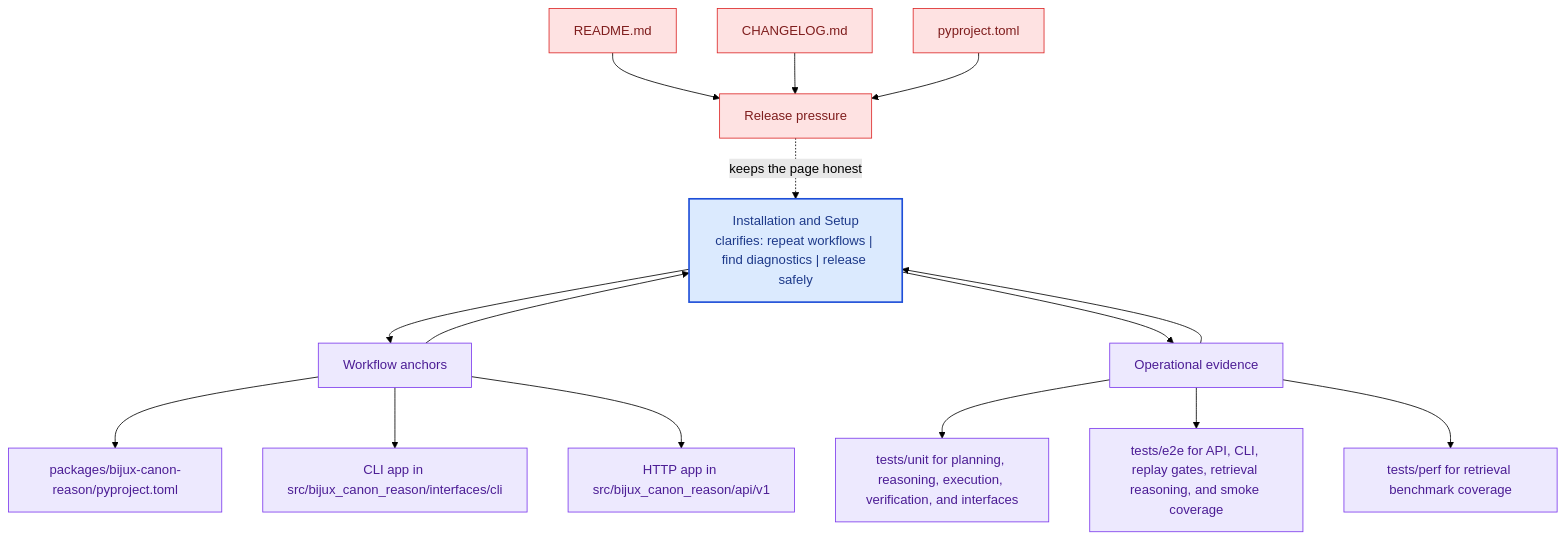
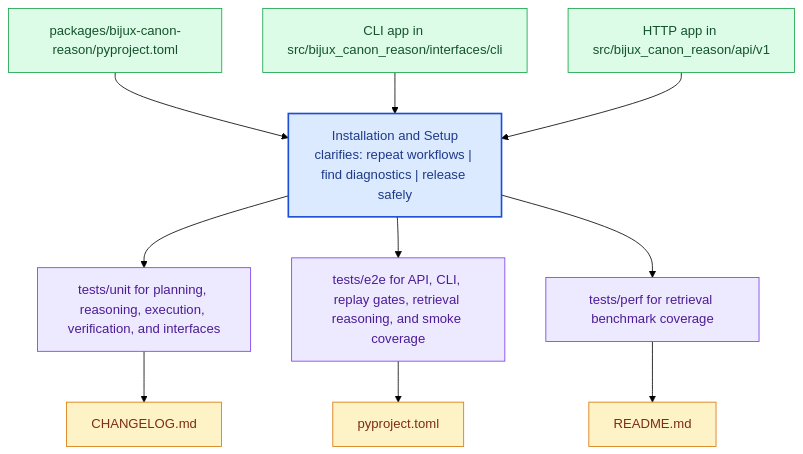
Before and after one commit to bijux/bijux-canon: the diagram in docs/bijux-canon-reason/operations/installation-and-setup.md, drawn with Mermaid (forest theme). The commit also changed other lines of this file and 281 other files, not shown here.

Commit message:
docs(diagrams): replace repeated mermaid scaffolds with page-specific summaries

````diff
--- a/docs/bijux-canon-reason/operations/installation-and-setup.md
+++ b/docs/bijux-canon-reason/operations/installation-and-setup.md
@@ -68,41 +23,31 @@
 ```mermaid
 flowchart TB
-    promise["Installation and Setup<br/>clarifies: repeat workflows | find diagnostics | release safely"]
-    classDef promise fill:#dbeafe,stroke:#1d4ed8,color:#1e3a8a,stroke-width:2px;
-    classDef driver fill:#dcfce7,stroke:#16a34a,color:#14532d;
-    classDef constraint fill:#fee2e2,stroke:#dc2626,color:#7f1d1d;
-    classDef ground fill:#ede9fe,stroke:#7c3aed,color:#4c1d95;
-    focus1["Workflow anchors"]
-    focus1 --> promise
-    promise --> focus1
-    focus1_1["packages/bijux-canon-reason/pyproject.toml"]
-    focus1 --> focus1_1
-    focus1_2["CLI app in src/bijux_canon_reason/interfaces/cli"]
-    focus1 --> focus1_2
-    focus1_3["HTTP app in src/bijux_canon_reason/api/v1"]
-    focus1 --> focus1_3
-    class focus1 ground;
-    class focus1_1,focus1_2,focus1_3 ground;
-    focus2["Operational evidence"]
-    focus2 --> promise
-    promise --> focus2
-    focus2_1["tests/unit for planning, reasoning, execution, verification, and interfaces"]
-    focus2 --> focus2_1
-    focus2_2["tests/e2e for API, CLI, replay gates, retrieval reasoning, and smoke coverage"]
-    focus2 --> focus2_2
-    focus2_3["tests/perf for retrieval benchmark coverage"]
-    focus2 --> focus2_3
-    class focus2 ground;
-    class focus2_1,focus2_2,focus2_3 ground;
-    focus3["Release pressure"]
-    focus3 -.keeps the page honest.-> promise
-    focus3_1["README.md"]
-    focus3_1 --> focus3
-    focus3_2["CHANGELOG.md"]
-    focus3_2 --> focus3
-    focus3_3["pyproject.toml"]
-    focus3_3 --> focus3
-    class focus3 constraint;
-    class focus3_1,focus3_2,focus3_3 constraint;
-    class promise promise;
+    page["Installation and Setup<br/>clarifies: repeat workflows | find diagnostics | release safely"]
+    classDef page fill:#dbeafe,stroke:#1d4ed8,color:#1e3a8a,stroke-width:2px;
+    classDef positive fill:#dcfce7,stroke:#16a34a,color:#14532d;
+    classDef caution fill:#fee2e2,stroke:#dc2626,color:#7f1d1d;
+    classDef anchor fill:#ede9fe,stroke:#7c3aed,color:#4c1d95;
+    classDef action fill:#fef3c7,stroke:#d97706,color:#7c2d12;
+    step1["packages/bijux-canon-reason/pyproject.toml"]
+    step1 --> page
+    step2["CLI app in src/bijux_canon_reason/interfaces/cli"]
+    step2 --> page
+    step3["HTTP app in src/bijux_canon_reason/api/v1"]
+    step3 --> page
+    run1["tests/unit for planning, reasoning, execution, verification, and interfaces"]
+    page --> run1
+    run2["tests/e2e for API, CLI, replay gates, retrieval reasoning, and smoke coverage"]
+    page --> run2
+    run3["tests/perf for retrieval benchmark coverage"]
+    page --> run3
+    release1["CHANGELOG.md"]
+    run1 --> release1
+    release2["pyproject.toml"]
+    run2 --> release2
+    release3["README.md"]
+    run3 --> release3
+    class page page;
+    class step1,step2,step3 positive;
+    class run1,run2,run3 anchor;
+    class release1,release2,release3 action;
 ```
````
